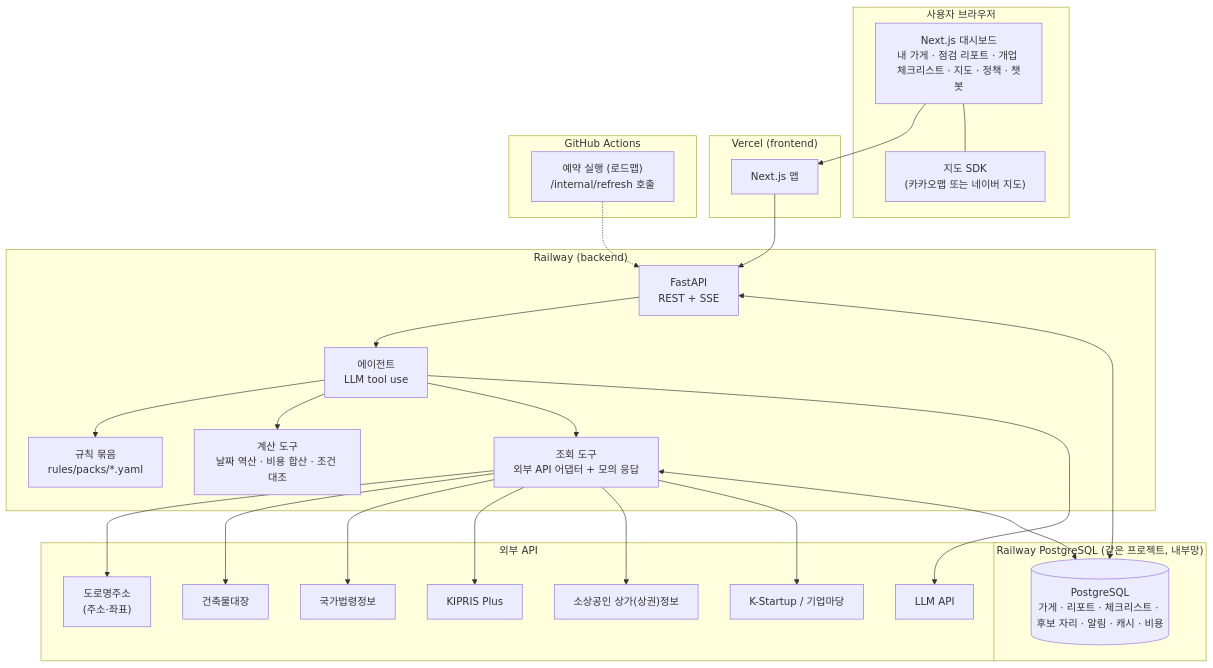
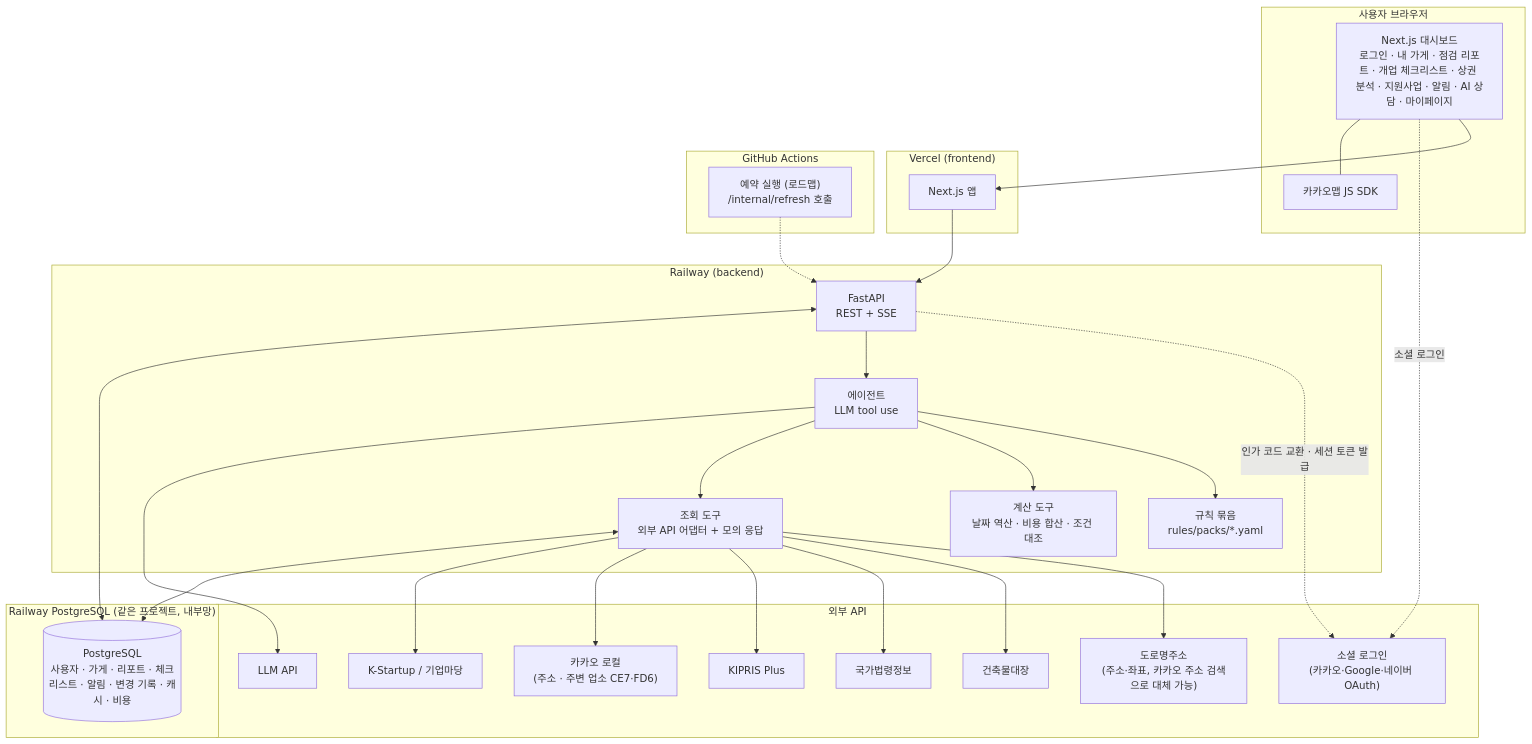
One commit to kimtaeg/Foundy changed the first of 4 diagrams in docs/아키텍처_인프라.md. Above: the diagram before and after it, drawn with Mermaid. The commit also changed other lines of this file and 7 other files, not shown here.

First line of the commit message:
docs: 프로토타입 반영 — 로그인·마이페이지·다음 할 일·자동 체크·상권 분석, 입지 미정 경로 제외

````diff
--- a/docs/아키텍처_인프라.md
+++ b/docs/아키텍처_인프라.md
@@ -55,49 +58,52 @@
 ```mermaid
 flowchart TB
     subgraph Client["사용자 브라우저"]
-        UI["Next.js 대시보드<br/>내 가게 · 점검 리포트 · 개업 체크리스트 · 지도 · 정책 · 챗봇"]
-        MAP["지도 SDK<br/>(카카오맵 또는 네이버 지도)"]
+        UI["Next.js 대시보드<br/>로그인 · 내 가게 · 점검 리포트 · 개업 체크리스트 · 상권 분석 · 지원사업 · 알림 · AI 상담 · 마이페이지"]
+        MAP["카카오맵 JS SDK"]
     end
 
     subgraph Vercel["Vercel (frontend)"]
         FE["Next.js 앱"]
     end
 
     subgraph Railway["Railway (backend)"]
         API["FastAPI<br/>REST + SSE"]
         AG["에이전트<br/>LLM tool use"]
         RP["규칙 묶음<br/>rules/packs/*.yaml"]
         CT["계산 도구<br/>날짜 역산 · 비용 합산 · 조건 대조"]
         TL["조회 도구<br/>외부 API 어댑터 + 모의 응답"]
     end
 
     subgraph RailwayDB["Railway PostgreSQL (같은 프로젝트, 내부망)"]
-        DB[("PostgreSQL<br/>가게 · 리포트 · 체크리스트 · 후보 자리 · 알림 · 캐시 · 비용")]
+        DB[("PostgreSQL<br/>사용자 · 가게 · 리포트 · 체크리스트 · 알림 · 변경 기록 · 캐시 · 비용")]
     end
 
     subgraph GH["GitHub Actions"]
         CRON["예약 실행 (로드맵)<br/>/internal/refresh 호출"]
     end
 
     subgraph Ext["외부 API"]
-        J["도로명주소<br/>(주소·좌표)"]
+        J["도로명주소<br/>(주소·좌표, 카카오 주소 검색으로 대체 가능)"]
         B["건축물대장"]
         L["국가법령정보"]
         K["KIPRIS Plus"]
-        S["소상공인 상가(상권)정보"]
+        KK["카카오 로컬<br/>(주소 · 주변 업소 CE7·FD6)"]
+        OA["소셜 로그인<br/>(카카오·Google·네이버 OAuth)"]
         P["K-Startup / 기업마당"]
         LLM["LLM API"]
     end
 
     UI --> FE --> API
+    UI -.->|"소셜 로그인"| OA
+    API -.->|"인가 코드 교환 · 세션 토큰 발급"| OA
     UI --- MAP
     API --> AG
     AG --> RP
     AG --> CT
     AG --> TL
     AG --> LLM
-    TL --> J & B & L & K & S & P
+    TL --> J & B & L & K & KK & P
     API <--> DB
     TL <--> DB
     CRON -.-> API
 ```
````
